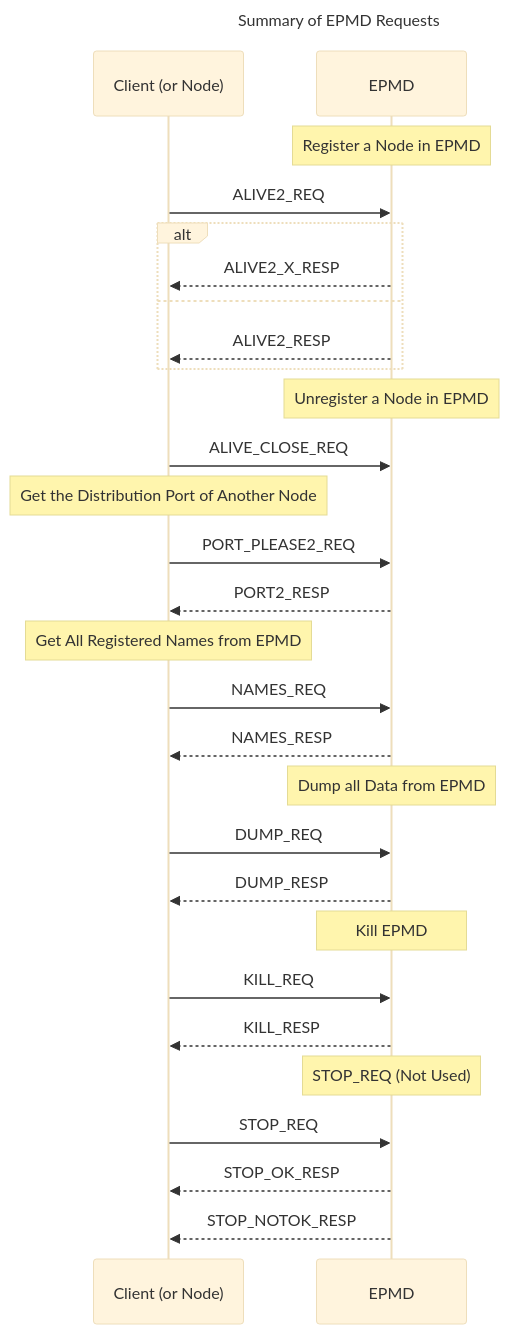
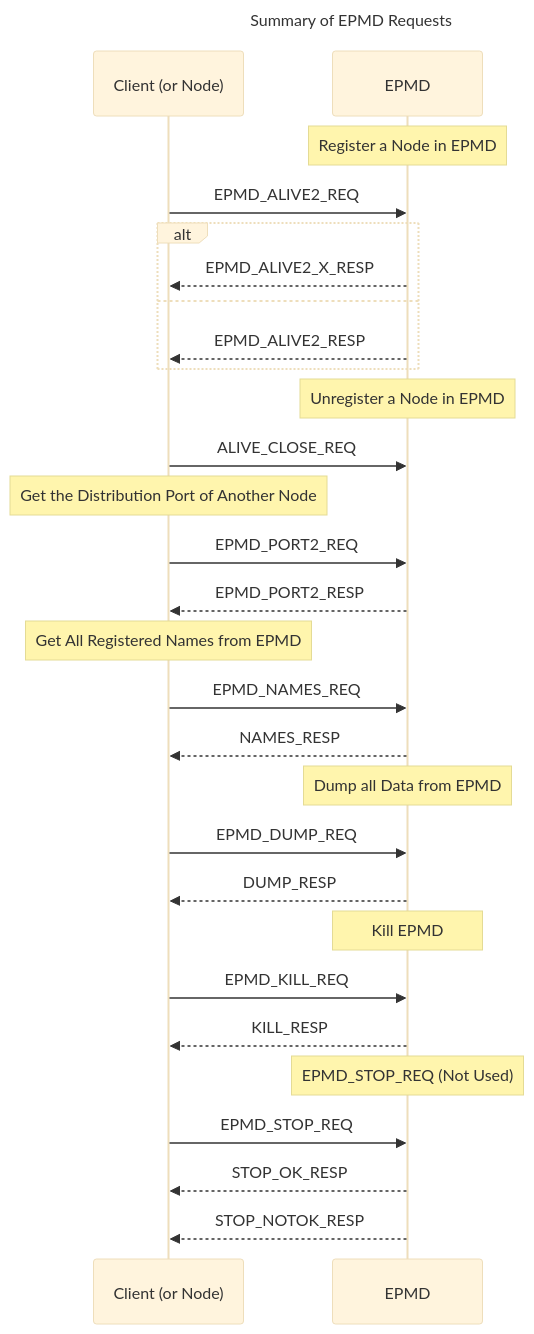
One commit to albsch/erlang-otp-wasm changed the first of 8 diagrams in erts/doc/guides/erl_dist_protocol.md. Above: the diagram before and after it, drawn with Mermaid (base theme). The commit also changed other lines of this file and 3754 other files, not shown here.

````diff
--- a/erts/doc/guides/erl_dist_protocol.md
+++ b/erts/doc/guides/erl_dist_protocol.md
@@ -72,41 +72,41 @@
 ```mermaid
 ---
 title: Summary of EPMD Requests
 ---
 
 sequenceDiagram
     participant client as Client (or Node)
     participant EPMD
 
     Note over EPMD: Register a Node in EPMD
-    client ->> EPMD: ALIVE2_REQ
+    client ->> EPMD: EPMD_ALIVE2_REQ
     alt
-        EPMD -->> client: ALIVE2_X_RESP
+        EPMD -->> client: EPMD_ALIVE2_X_RESP
     else
-        EPMD -->> client: ALIVE2_RESP
+        EPMD -->> client: EPMD_ALIVE2_RESP
     end
 
     Note over EPMD: Unregister a Node in EPMD
     client ->> EPMD: ALIVE_CLOSE_REQ
 
     Note over client: Get the Distribution Port of Another Node
-    client ->> EPMD: PORT_PLEASE2_REQ
-    EPMD -->> client: PORT2_RESP
+    client ->> EPMD: EPMD_PORT2_REQ
+    EPMD -->> client: EPMD_PORT2_RESP
 
     Note over client: Get All Registered Names from EPMD
-    client ->> EPMD: NAMES_REQ
+    client ->> EPMD: EPMD_NAMES_REQ
     EPMD -->> client: NAMES_RESP
 
     Note over EPMD: Dump all Data from EPMD
-    client ->> EPMD: DUMP_REQ
+    client ->> EPMD: EPMD_DUMP_REQ
     EPMD -->> client: DUMP_RESP
 
     Note over EPMD: Kill EPMD
-    client ->> EPMD: KILL_REQ
+    client ->> EPMD: EPMD_KILL_REQ
     EPMD -->> client: KILL_RESP
 
-    Note over EPMD: STOP_REQ (Not Used)
-    client ->> EPMD: STOP_REQ
+    Note over EPMD: EPMD_STOP_REQ (Not Used)
+    client ->> EPMD: EPMD_STOP_REQ
     EPMD -->> client: STOP_OK_RESP
     EPMD -->> client: STOP_NOTOK_RESP
 ```
````
